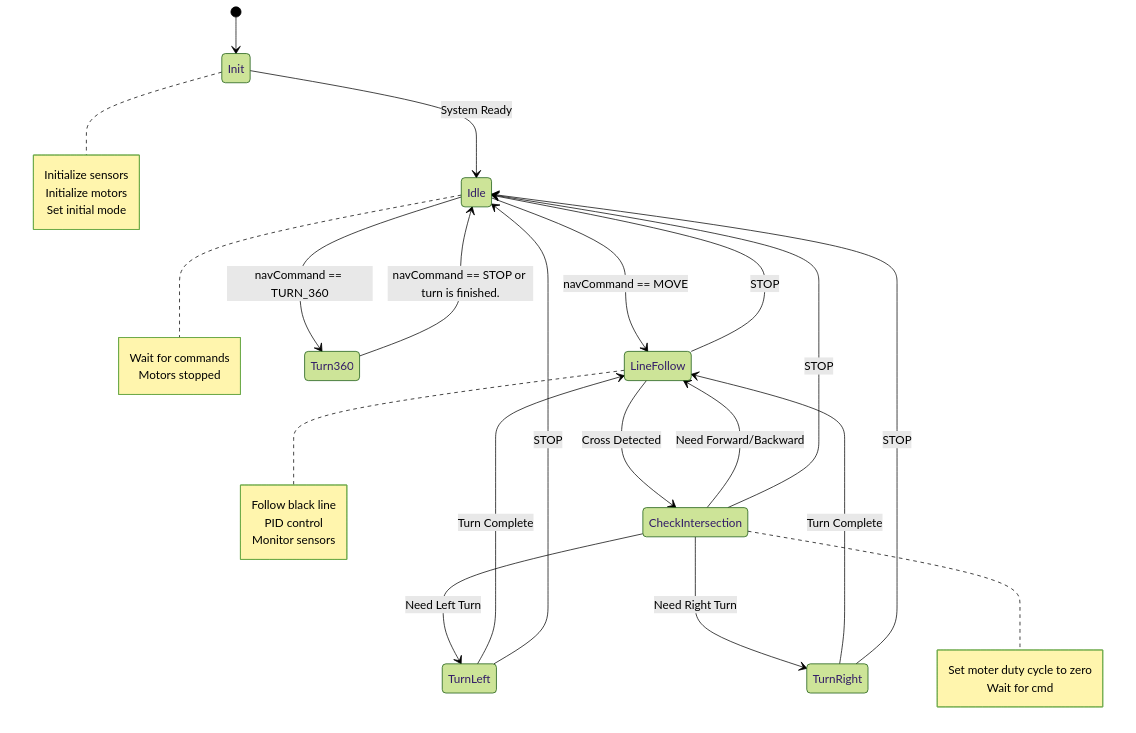
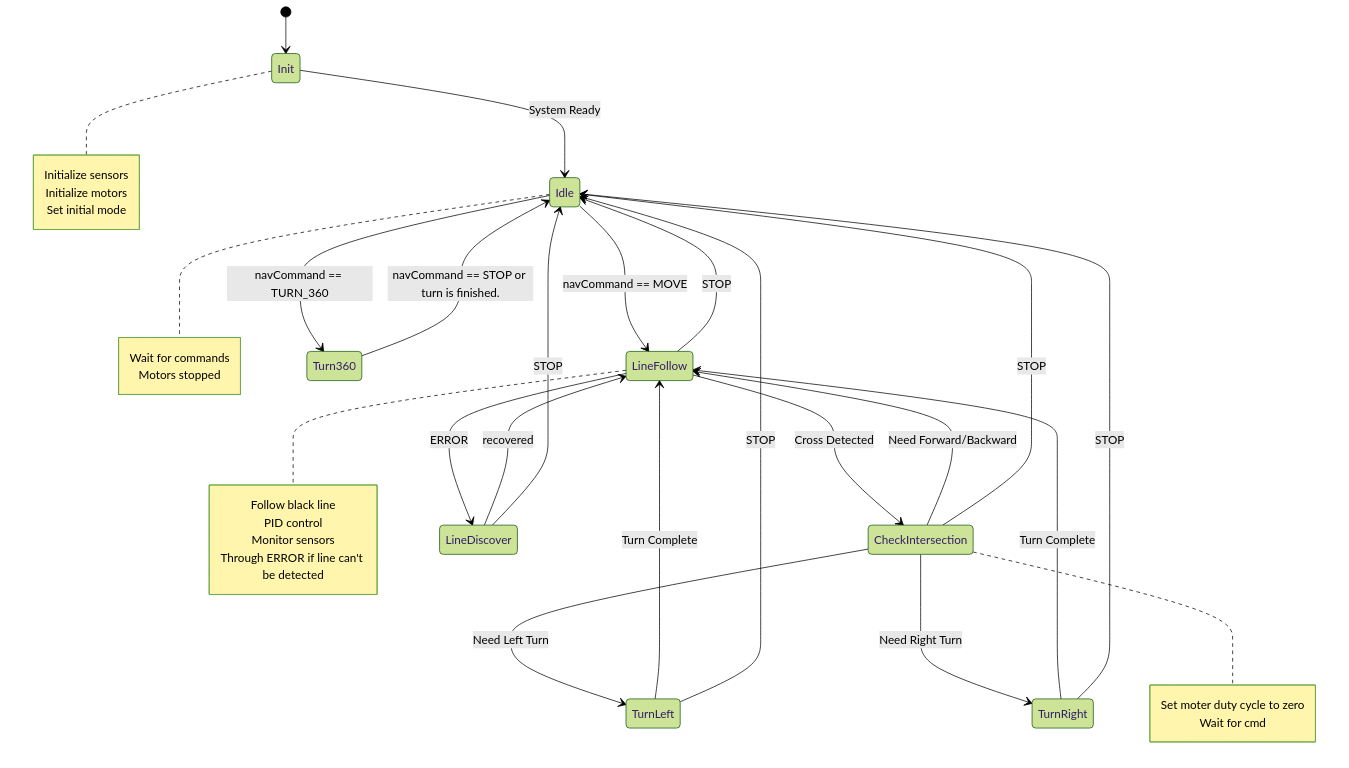
One commit to yuanzhedong/ME218-final changed the diagram in FSM/navigation.md. Above: the diagram before and after it, drawn with Mermaid (forest theme). The commit also changed 2 other files, not shown here.

Commit message:
add error handler

````diff
--- a/FSM/navigation.md
+++ b/FSM/navigation.md
@@ -1,45 +1,51 @@
 ```mermaid
 stateDiagram-v2
     [*] --> Init
     
     Init --> Idle: System Ready
     note right of Init
         Initialize sensors
         Initialize motors
         Set initial mode
     end note
 
     Idle --> LineFollow: navCommand == MOVE
     Idle --> Turn360: navCommand == TURN_360
     note right of Idle
         Wait for commands
         Motors stopped
     end note
 
     Turn360 --> Idle: navCommand == STOP or turn is finished.
 
     LineFollow --> CheckIntersection: Cross Detected
     LineFollow --> Idle: STOP
+    LineFollow --> LineDiscover: ERROR
     note right of LineFollow
         Follow black line
         PID control
         Monitor sensors
+        Through ERROR if line can't be detected
     end note
 
     CheckIntersection --> TurnLeft: Need Left Turn
     CheckIntersection --> TurnRight: Need Right Turn
     CheckIntersection --> LineFollow: Need Forward/Backward
     CheckIntersection --> Idle: STOP
     note right of CheckIntersection
         Set moter duty cycle to zero
         Wait for cmd
     end note
 
     TurnLeft --> LineFollow: Turn Complete
     TurnRight --> LineFollow: Turn Complete
 
     TurnLeft --> Idle: STOP
     TurnRight --> Idle: STOP
+
+    LineDiscover --> LineFollow: recovered
+    LineDiscover --> Idle: STOP
+
     
 
 ```
````
